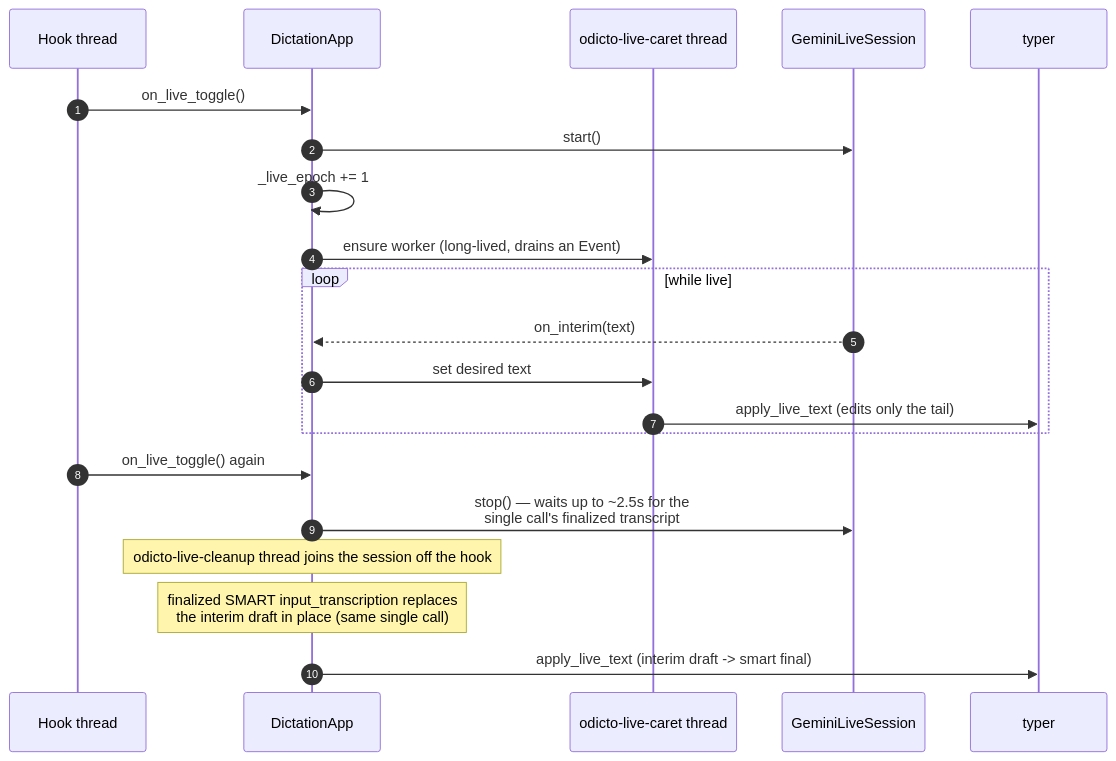
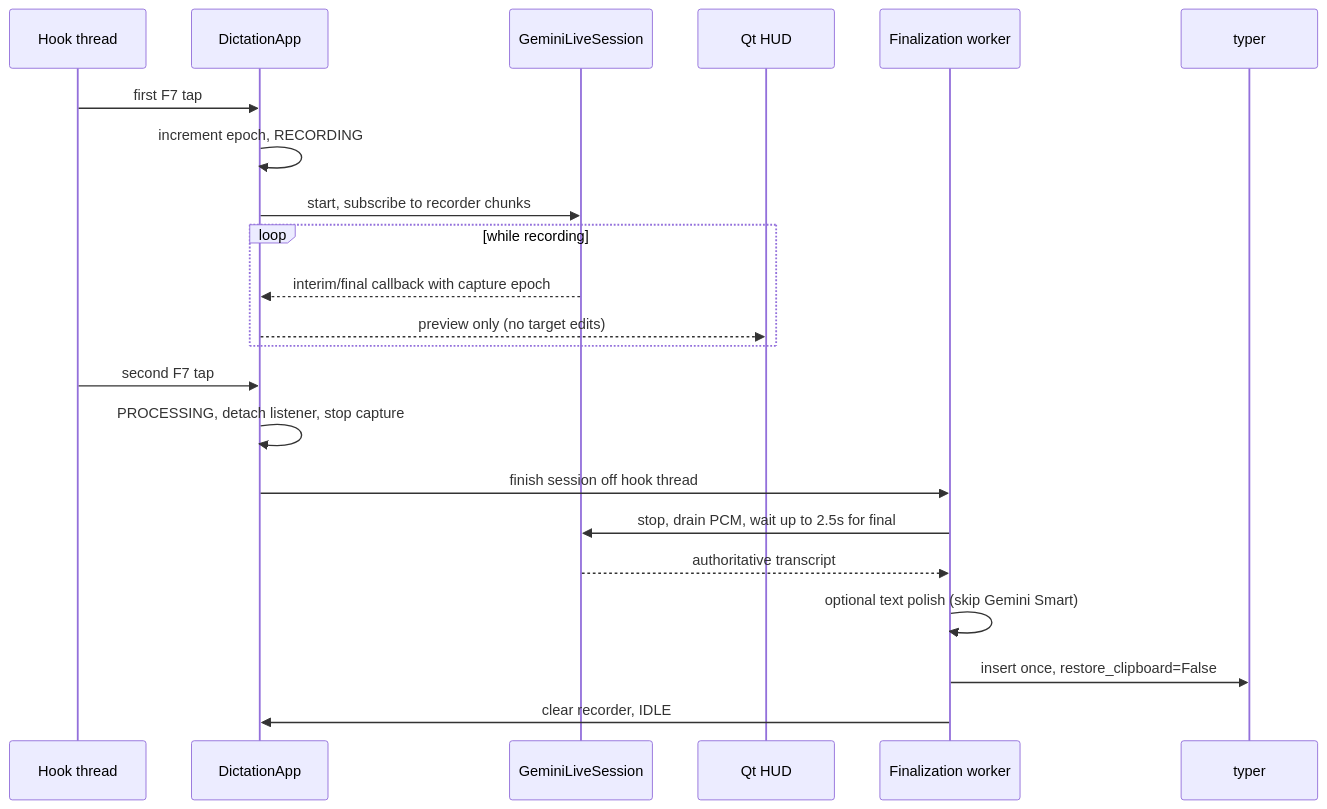
The fourth of 7 diagrams in docs/architecture.md (Gargeya-Grey/Odicto), drawn with Mermaid before and after one commit. The commit also changed other lines of this file and 50 other files, not shown here.

````diff
--- a/docs/architecture.md
+++ b/docs/architecture.md
@@ -190,24 +223,24 @@
 ```mermaid
 sequenceDiagram
-    autonumber
     participant Hook as Hook thread
     participant App as DictationApp
-    participant Caret as odicto-live-caret thread
     participant Sess as GeminiLiveSession
+    participant HUD as Qt HUD
+    participant Pipe as Finalization worker
     participant Typ as typer
-
-    Hook->>App: on_live_toggle()
-    App->>Sess: start()
-    App->>App: _live_epoch += 1
-    App->>Caret: ensure worker (long-lived, drains an Event)
-    loop while live
-        Sess-->>App: on_interim(text)
-        App->>Caret: set desired text
-        Caret->>Typ: apply_live_text (edits only the tail)
+    Hook->>App: first F7 tap
+    App->>App: increment epoch, RECORDING
+    App->>Sess: start, subscribe to recorder chunks
+    loop while recording
+        Sess-->>App: interim/final callback with capture epoch
+        App-->>HUD: preview only (no target edits)
     end
-    Hook->>App: on_live_toggle() again
-    App->>Sess: stop() — waits up to ~2.5s for the<br/>single call's finalized transcript
-    Note over App: odicto-live-cleanup thread joins the session off the hook
-    Note over App: finalized SMART input_transcription replaces<br/>the interim draft in place (same single call)
-    App->>Typ: apply_live_text (interim draft -> smart final)
+    Hook->>App: second F7 tap
+    App->>App: PROCESSING, detach listener, stop capture
+    App->>Pipe: finish session off hook thread
+    Pipe->>Sess: stop, drain PCM, wait up to 2.5s for final
+    Sess-->>Pipe: authoritative transcript
+    Pipe->>Pipe: optional text polish (skip Gemini Smart)
+    Pipe->>Typ: insert once, restore_clipboard=False
+    Pipe->>App: clear recorder, IDLE
 ```
````
